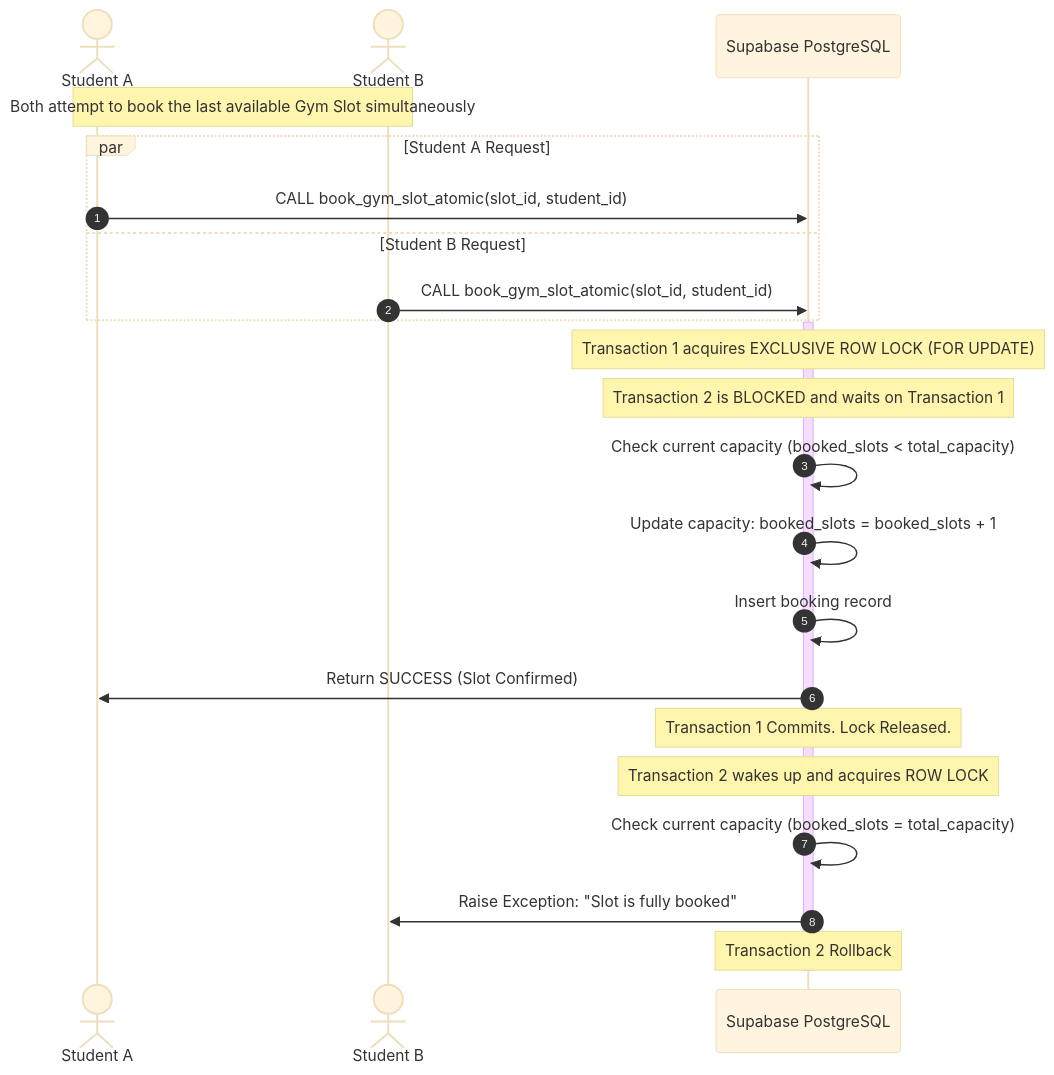
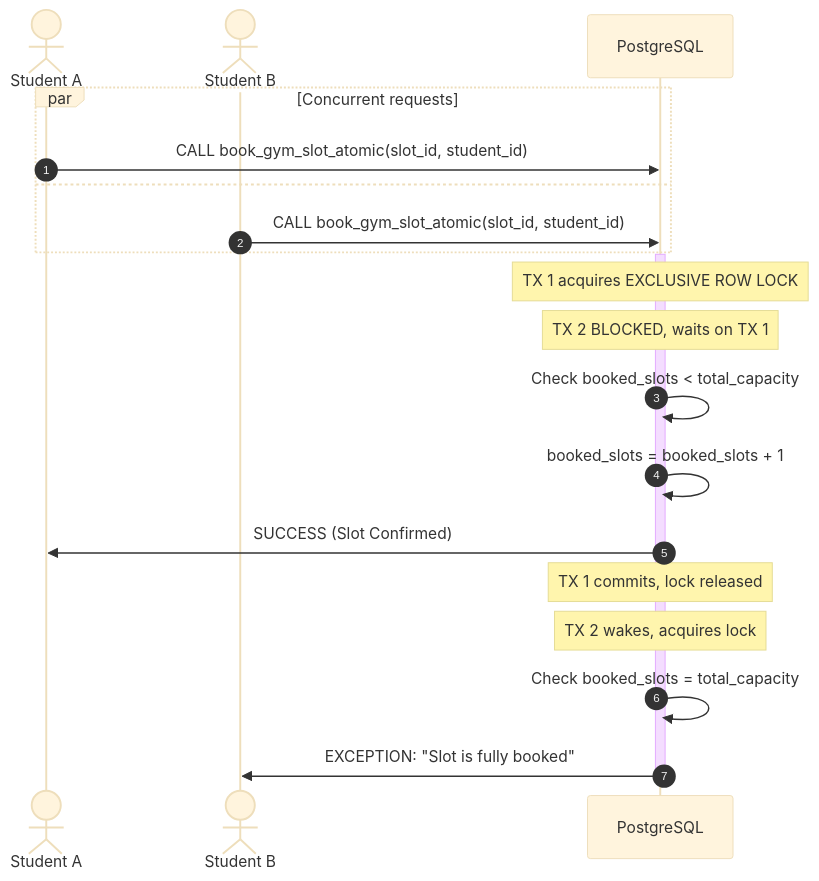
The second of 2 diagrams in README.md (newiris365/khushal), drawn with Mermaid (base theme) before and after one commit. The commit also changed other lines of this file and 103 other files, not shown here.

````diff
--- a/README.md
+++ b/README.md
@@ -104,31 +97,25 @@
 ```mermaid
 sequenceDiagram
     autonumber
-    actor UserA as Student A
-    actor UserB as Student B
-    participant DB as Supabase PostgreSQL
-    
-    Note over UserA, UserB: Both attempt to book the last available Gym Slot simultaneously
-    
-    par Student A Request
-        UserA->>DB: CALL book_gym_slot_atomic(slot_id, student_id)
-    and Student B Request
-        UserB->>DB: CALL book_gym_slot_atomic(slot_id, student_id)
+    actor A as Student A
+    actor B as Student B
+    participant DB as PostgreSQL
+
+    par Concurrent requests
+        A->>DB: CALL book_gym_slot_atomic(slot_id, student_id)
+    and
+        B->>DB: CALL book_gym_slot_atomic(slot_id, student_id)
     end
-    
+
     activate DB
-    Note over DB: Transaction 1 acquires EXCLUSIVE ROW LOCK (FOR UPDATE)
-    Note over DB: Transaction 2 is BLOCKED and waits on Transaction 1
-    
-    DB->>DB: Check current capacity (booked_slots < total_capacity)
-    DB->>DB: Update capacity: booked_slots = booked_slots + 1
-    DB->>DB: Insert booking record
-    DB->>UserA: Return SUCCESS (Slot Confirmed)
-    Note over DB: Transaction 1 Commits. Lock Released.
-    
-    Note over DB: Transaction 2 wakes up and acquires ROW LOCK
-    DB->>DB: Check current capacity (booked_slots = total_capacity)
-    DB->>UserB: Raise Exception: "Slot is fully booked"
-    Note over DB: Transaction 2 Rollback
+    Note over DB: TX 1 acquires EXCLUSIVE ROW LOCK
+    Note over DB: TX 2 BLOCKED, waits on TX 1
+    DB->>DB: Check booked_slots < total_capacity
+    DB->>DB: booked_slots = booked_slots + 1
+    DB->>A: SUCCESS (Slot Confirmed)
+    Note over DB: TX 1 commits, lock released
+    Note over DB: TX 2 wakes, acquires lock
+    DB->>DB: Check booked_slots = total_capacity
+    DB->>B: EXCEPTION: "Slot is fully booked"
     deactivate DB
 ```
````
